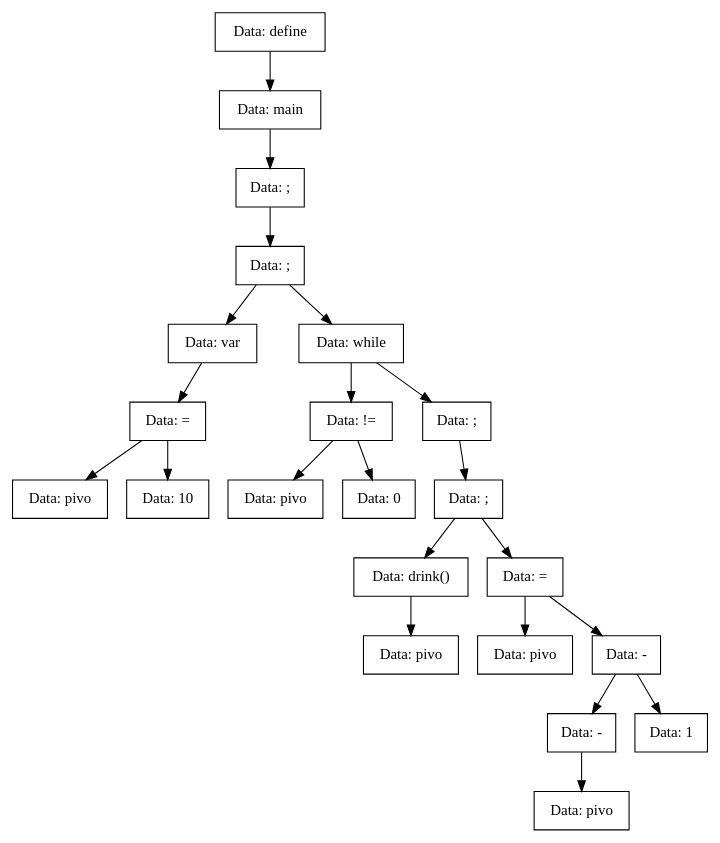
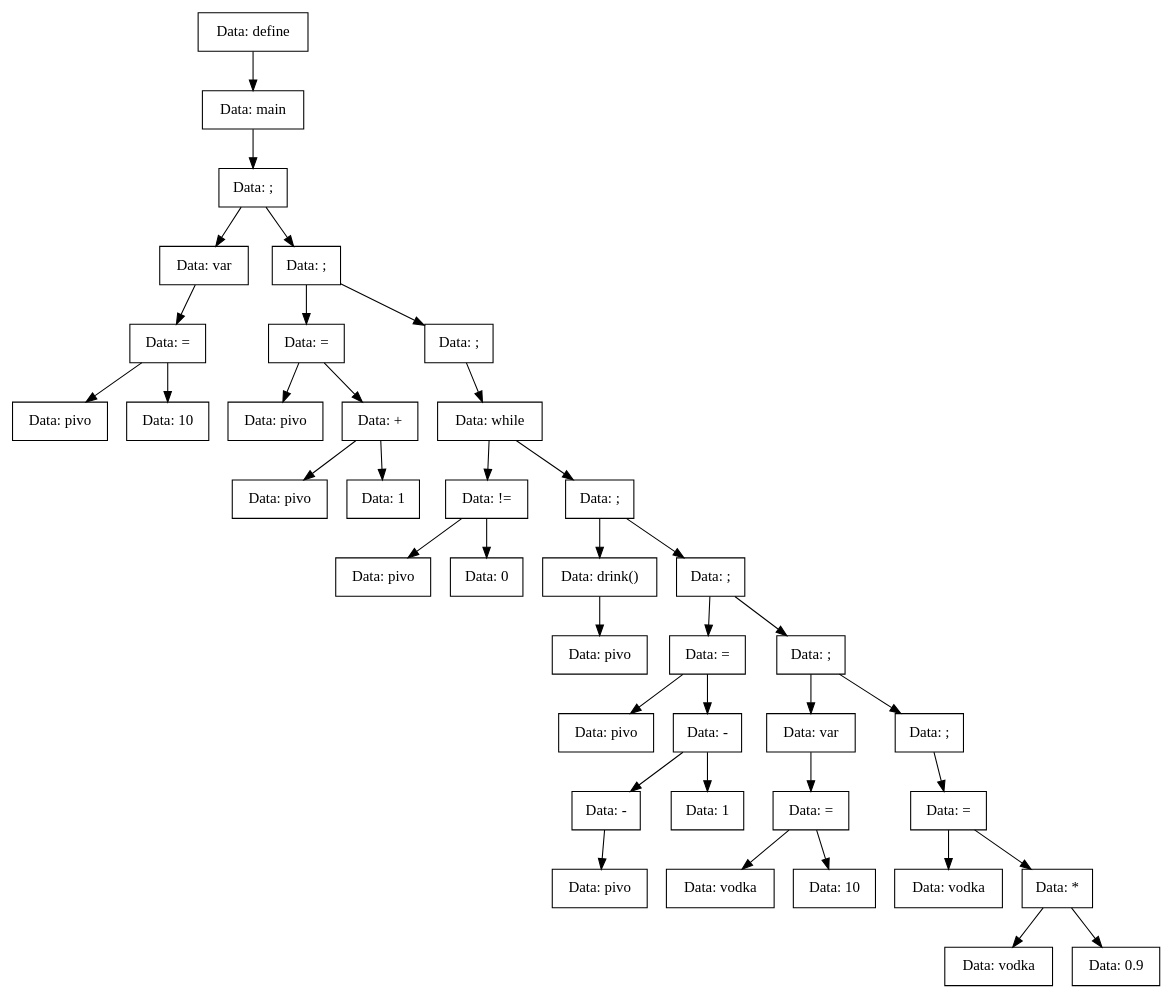
One commit to vorontsov-amd/Compiller changed the diagram in TreeDump/main-utf8.dot. Above: the diagram before and after it, drawn with Graphviz. The commit also changed 18 other files, not shown here.

Commit message:
upd the sequence of operators

```diff
--- a/TreeDump/main-utf8.dot
+++ b/TreeDump/main-utf8.dot
@@ -1,45 +1,79 @@
 digraph main{
-Node0x558e338cc1d0[shape="record", label="Data: define"];
-Node0x558e338cc270[shape="record", label="Data: main"];
-Node0x558e338cc220[shape="record", label="Data: ;"];
-Node0x558e338cc040[shape="record", label="Data: ;"];
-Node0x558e338cc090[shape="record", label="Data: var"];
-Node0x558e338cc130[shape="record", label="Data: ="];
-Node0x558e338cc0e0[shape="record", label="Data: pivo"];
-Node0x558e338cc130->Node0x558e338cc0e0;
-Node0x558e338cbf00[shape="record", label="Data: 10"];
-Node0x558e338cc130->Node0x558e338cbf00;
-Node0x558e338cc090->Node0x558e338cc130;
-Node0x558e338cc040->Node0x558e338cc090;
-Node0x558e338cc400[shape="record", label="Data: while"];
-Node0x558e338cc310[shape="record", label="Data: !="];
-Node0x558e338cc2c0[shape="record", label="Data: pivo"];
-Node0x558e338cc310->Node0x558e338cc2c0;
-Node0x558e338cc180[shape="record", label="Data: 0"];
-Node0x558e338cc310->Node0x558e338cc180;
-Node0x558e338cc400->Node0x558e338cc310;
-Node0x558e338cbff0[shape="record", label="Data: ;"];
-Node0x558e338cbfa0[shape="record", label="Data: ;"];
-Node0x558e338cbf50[shape="record", label="Data: drink()"];
-Node0x558e338cc4a0[shape="record", label="Data: pivo"];
-Node0x558e338cbf50->Node0x558e338cc4a0;
-Node0x558e338cbfa0->Node0x558e338cbf50;
-Node0x558e338cc3b0[shape="record", label="Data: ="];
-Node0x558e338cc360[shape="record", label="Data: pivo"];
-Node0x558e338cc3b0->Node0x558e338cc360;
-Node0x558e338cc450[shape="record", label="Data: -"];
-Node0x558e338cc540[shape="record", label="Data: -"];
-Node0x558e338cc4f0[shape="record", label="Data: pivo"];
-Node0x558e338cc540->Node0x558e338cc4f0;
-Node0x558e338cc450->Node0x558e338cc540;
-Node0x558e338cc590[shape="record", label="Data: 1"];
-Node0x558e338cc450->Node0x558e338cc590;
-Node0x558e338cc3b0->Node0x558e338cc450;
-Node0x558e338cbfa0->Node0x558e338cc3b0;
-Node0x558e338cbff0->Node0x558e338cbfa0;
-Node0x558e338cc400->Node0x558e338cbff0;
-Node0x558e338cc040->Node0x558e338cc400;
-Node0x558e338cc220->Node0x558e338cc040;
-Node0x558e338cc270->Node0x558e338cc220;
-Node0x558e338cc1d0->Node0x558e338cc270;
+Node0x561929f39360[shape="record", label="Data: define"];
+Node0x561929f39310[shape="record", label="Data: main"];
+Node0x561929f39270[shape="record", label="Data: ;"];
+Node0x561929f39090[shape="record", label="Data: var"];
+Node0x561929f390e0[shape="record", label="Data: ="];
+Node0x561929f39180[shape="record", label="Data: pivo"];
+Node0x561929f390e0->Node0x561929f39180;
+Node0x561929f39130[shape="record", label="Data: 10"];
+Node0x561929f390e0->Node0x561929f39130;
+Node0x561929f39090->Node0x561929f390e0;
+Node0x561929f39270->Node0x561929f39090;
+Node0x561929f38fa0[shape="record", label="Data: ;"];
+Node0x561929f39630[shape="record", label="Data: ="];
+Node0x561929f39540[shape="record", label="Data: pivo"];
+Node0x561929f39630->Node0x561929f39540;
+Node0x561929f39400[shape="record", label="Data: +"];
+Node0x561929f393b0[shape="record", label="Data: pivo"];
+Node0x561929f39400->Node0x561929f393b0;
+Node0x561929f391d0[shape="record", label="Data: 1"];
+Node0x561929f39400->Node0x561929f391d0;
+Node0x561929f39630->Node0x561929f39400;
+Node0x561929f38fa0->Node0x561929f39630;
+Node0x561929f39040[shape="record", label="Data: ;"];
+Node0x561929f38ff0[shape="record", label="Data: while"];
+Node0x561929f39860[shape="record", label="Data: !="];
+Node0x561929f398b0[shape="record", label="Data: pivo"];
+Node0x561929f39860->Node0x561929f398b0;
+Node0x561929f39a90[shape="record", label="Data: 0"];
+Node0x561929f39860->Node0x561929f39a90;
+Node0x561929f38ff0->Node0x561929f39860;
+Node0x561929f39b30[shape="record", label="Data: ;"];
+Node0x561929f39b80[shape="record", label="Data: drink()"];
+Node0x561929f39ae0[shape="record", label="Data: pivo"];
+Node0x561929f39b80->Node0x561929f39ae0;
+Node0x561929f39b30->Node0x561929f39b80;
+Node0x561929f39a40[shape="record", label="Data: ;"];
+Node0x561929f399f0[shape="record", label="Data: ="];
+Node0x561929f39900[shape="record", label="Data: pivo"];
+Node0x561929f399f0->Node0x561929f39900;
+Node0x561929f397c0[shape="record", label="Data: -"];
+Node0x561929f39770[shape="record", label="Data: -"];
+Node0x561929f39810[shape="record", label="Data: pivo"];
+Node0x561929f39770->Node0x561929f39810;
+Node0x561929f397c0->Node0x561929f39770;
+Node0x561929f39720[shape="record", label="Data: 1"];
+Node0x561929f397c0->Node0x561929f39720;
+Node0x561929f399f0->Node0x561929f397c0;
+Node0x561929f39a40->Node0x561929f399f0;
+Node0x561929f39680[shape="record", label="Data: ;"];
+Node0x561929f39950[shape="record", label="Data: var"];
+Node0x561929f399a0[shape="record", label="Data: ="];
+Node0x561929f396d0[shape="record", label="Data: vodka"];
+Node0x561929f399a0->Node0x561929f396d0;
+Node0x561929f392c0[shape="record", label="Data: 10"];
+Node0x561929f399a0->Node0x561929f392c0;
+Node0x561929f39950->Node0x561929f399a0;
+Node0x561929f39680->Node0x561929f39950;
+Node0x561929f39220[shape="record", label="Data: ;"];
+Node0x561929f394a0[shape="record", label="Data: ="];
+Node0x561929f394f0[shape="record", label="Data: vodka"];
+Node0x561929f394a0->Node0x561929f394f0;
+Node0x561929f39450[shape="record", label="Data: *"];
+Node0x561929f395e0[shape="record", label="Data: vodka"];
+Node0x561929f39450->Node0x561929f395e0;
+Node0x561929f39590[shape="record", label="Data: 0.9"];
+Node0x561929f39450->Node0x561929f39590;
+Node0x561929f394a0->Node0x561929f39450;
+Node0x561929f39220->Node0x561929f394a0;
+Node0x561929f39680->Node0x561929f39220;
+Node0x561929f39a40->Node0x561929f39680;
+Node0x561929f39b30->Node0x561929f39a40;
+Node0x561929f38ff0->Node0x561929f39b30;
+Node0x561929f39040->Node0x561929f38ff0;
+Node0x561929f38fa0->Node0x561929f39040;
+Node0x561929f39270->Node0x561929f38fa0;
+Node0x561929f39310->Node0x561929f39270;
+Node0x561929f39360->Node0x561929f39310;
 }
```
